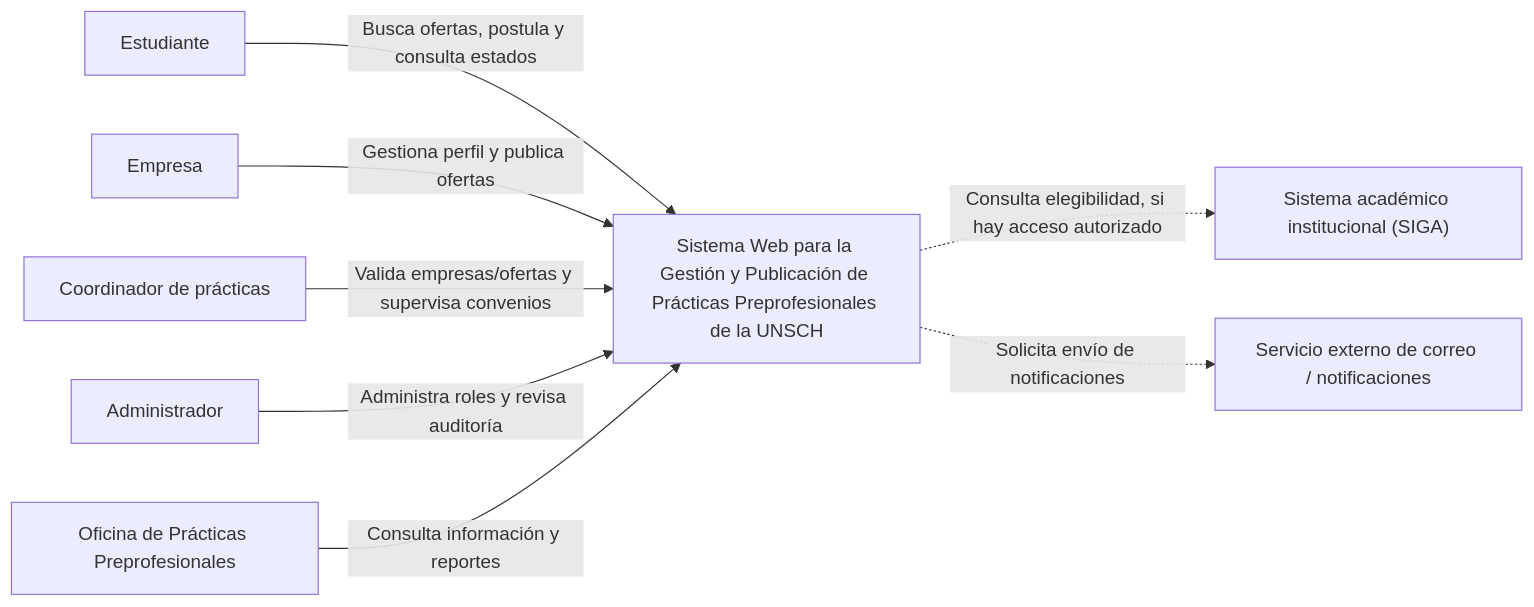
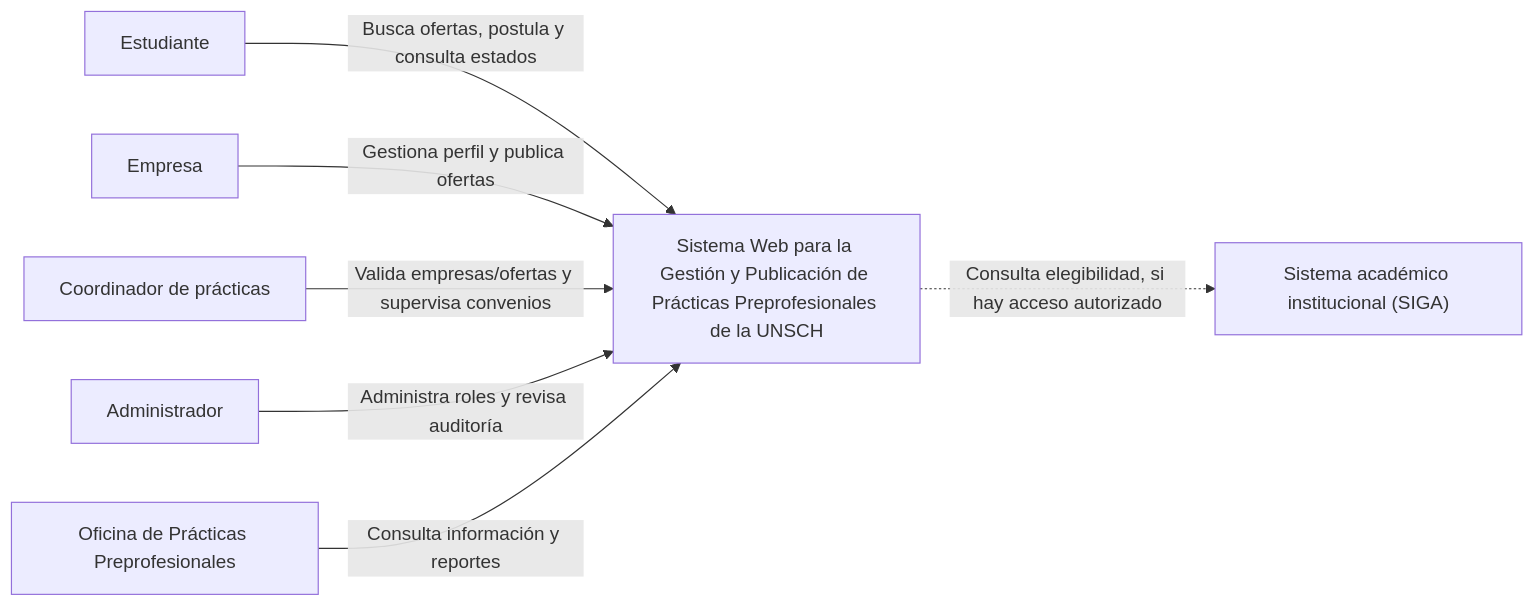
One commit to Jhoncode987/Sistema-de-Gestion-y-Publicacion-Practicas-Preprofesionales changed the first of 4 diagrams in docs/02-arquitectura/diagramas-c4/diagramas-c4.md. Above: the diagram before and after it, drawn with Mermaid. The commit also changed other lines of this file and 13 other files, not shown here.

Commit message:
docs: conservar arquitectura y diagramas originales y detallar los siete módulos

````diff
--- a/docs/02-arquitectura/diagramas-c4/diagramas-c4.md
+++ b/docs/02-arquitectura/diagramas-c4/diagramas-c4.md
@@ -20,19 +20,17 @@
 ```mermaid
 flowchart LR
     Est["Estudiante"]
     Emp["Empresa"]
     Coord["Coordinador de prácticas"]
     Admin["Administrador"]
     Oficina["Oficina de Prácticas Preprofesionales"]
     Sistema["Sistema Web para la Gestión y Publicación de Prácticas Preprofesionales de la UNSCH"]
     SIGA["Sistema académico institucional (SIGA)"]
-    Correo["Servicio externo de correo / notificaciones"]
 
     Est -->|"Busca ofertas, postula y consulta estados"| Sistema
     Emp -->|"Gestiona perfil y publica ofertas"| Sistema
     Coord -->|"Valida empresas/ofertas y supervisa convenios"| Sistema
     Admin -->|"Administra roles y revisa auditoría"| Sistema
     Oficina -->|"Consulta información y reportes"| Sistema
     Sistema -.->|"Consulta elegibilidad, si hay acceso autorizado"| SIGA
-    Sistema -.->|"Solicita envío de notificaciones"| Correo
 ```
````
